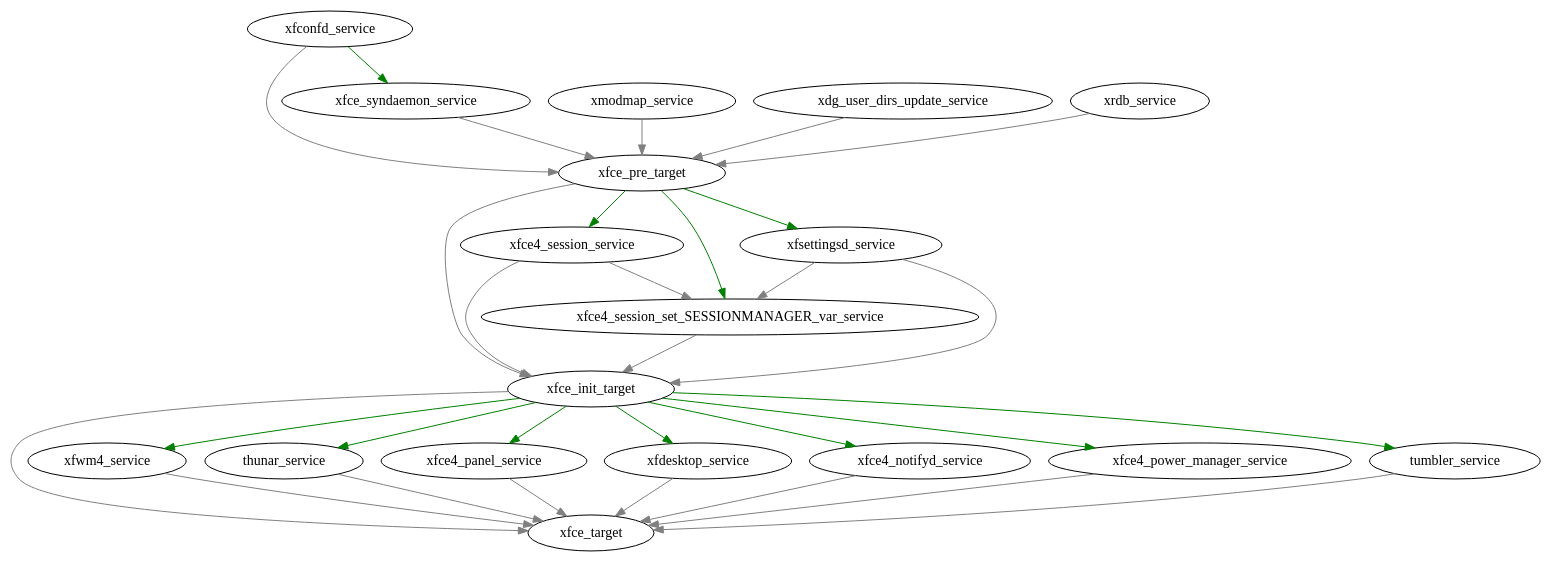
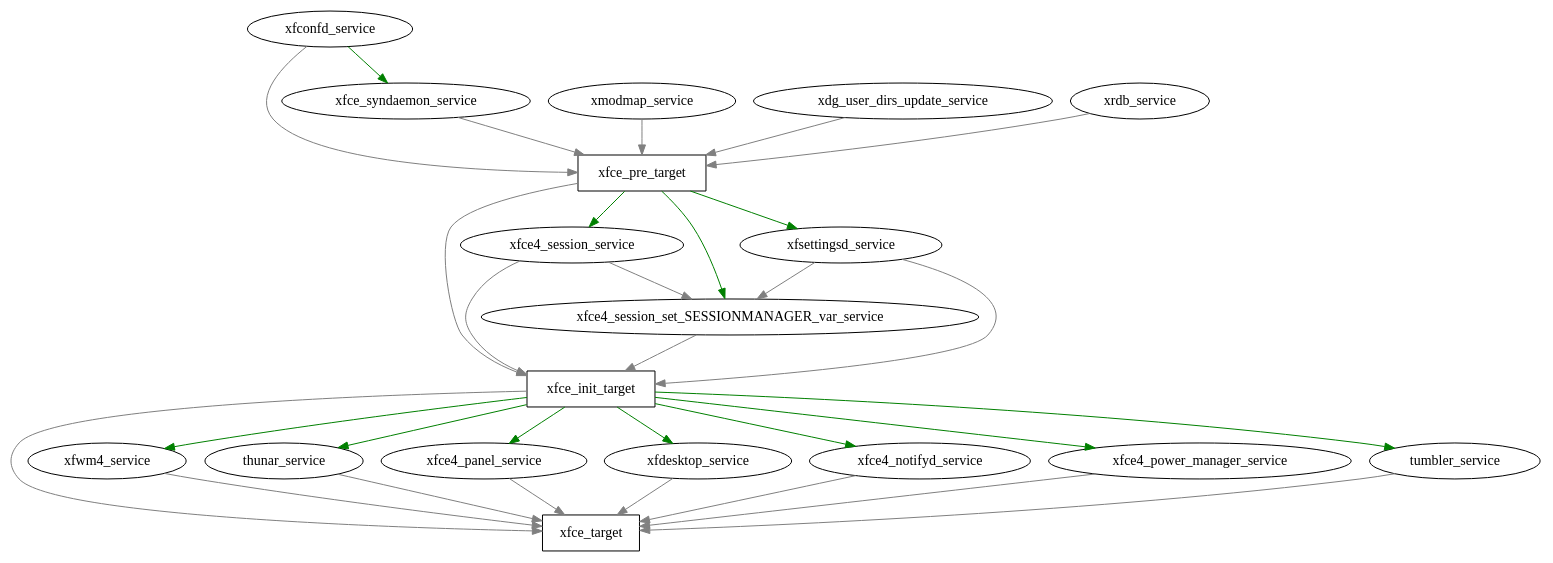
One commit to killermoehre/xfce-systemd-units changed the diagram in doc/dependencies.dot. Above: the diagram before and after it, drawn with Graphviz. The commit also changed 1 other file, not shown here.

Commit message:
make .targets boxen on the graph for more distinguebility

```diff
--- a/doc/dependencies.dot
+++ b/doc/dependencies.dot
@@ -1,47 +1,49 @@
 digraph xfce_systemd {
     ### WantedBy ###
     edge [color="grey"]
+    node [shape="box"]
     # targets itself
     xfce_pre_target -> xfce_init_target;
     xfce_init_target -> xfce_target;
 
+    node [shape="oval"]
     # stuff for xfce-pre.target
     xfconfd_service -> xfce_pre_target;
     xmodmap_service -> xfce_pre_target;
     xdg_user_dirs_update_service -> xfce_pre_target;
     xrdb_service -> xfce_pre_target;
     xfce_syndaemon_service -> xfce_pre_target;
 
     # stuff for xfce-init.target
     xfce4_session_service -> xfce_init_target;
     xfce4_session_set_SESSIONMANAGER_var_service -> xfce_init_target;
     xfce4_session_service -> xfce4_session_set_SESSIONMANAGER_var_service;
     xfsettingsd_service -> xfce_init_target;
     xfsettingsd_service -> xfce4_session_set_SESSIONMANAGER_var_service;
 
     # stuff for xfce.target
     xfwm4_service -> xfce_target;
     thunar_service -> xfce_target;
     xfce4_panel_service -> xfce_target;
     xfdesktop_service -> xfce_target;
     xfce4_notifyd_service -> xfce_target;
     xfce4_power_manager_service -> xfce_target;
     tumbler_service -> xfce_target;
 
     ### Before ###
 
 
     ### After ###
     edge [color="green"]
     xfce_pre_target -> xfce4_session_service;
     xfce_pre_target -> xfce4_session_set_SESSIONMANAGER_var_service;
     xfce_pre_target -> xfsettingsd_service;
     xfce_init_target -> xfwm4_service;
     xfce_init_target -> thunar_service;
     xfce_init_target -> xfce4_panel_service;
     xfce_init_target -> xfdesktop_service;
     xfce_init_target -> xfce4_notifyd_service;
     xfce_init_target -> xfce4_power_manager_service;
     xfce_init_target -> tumbler_service;
     xfconfd_service -> xfce_syndaemon_service;
 }
```
